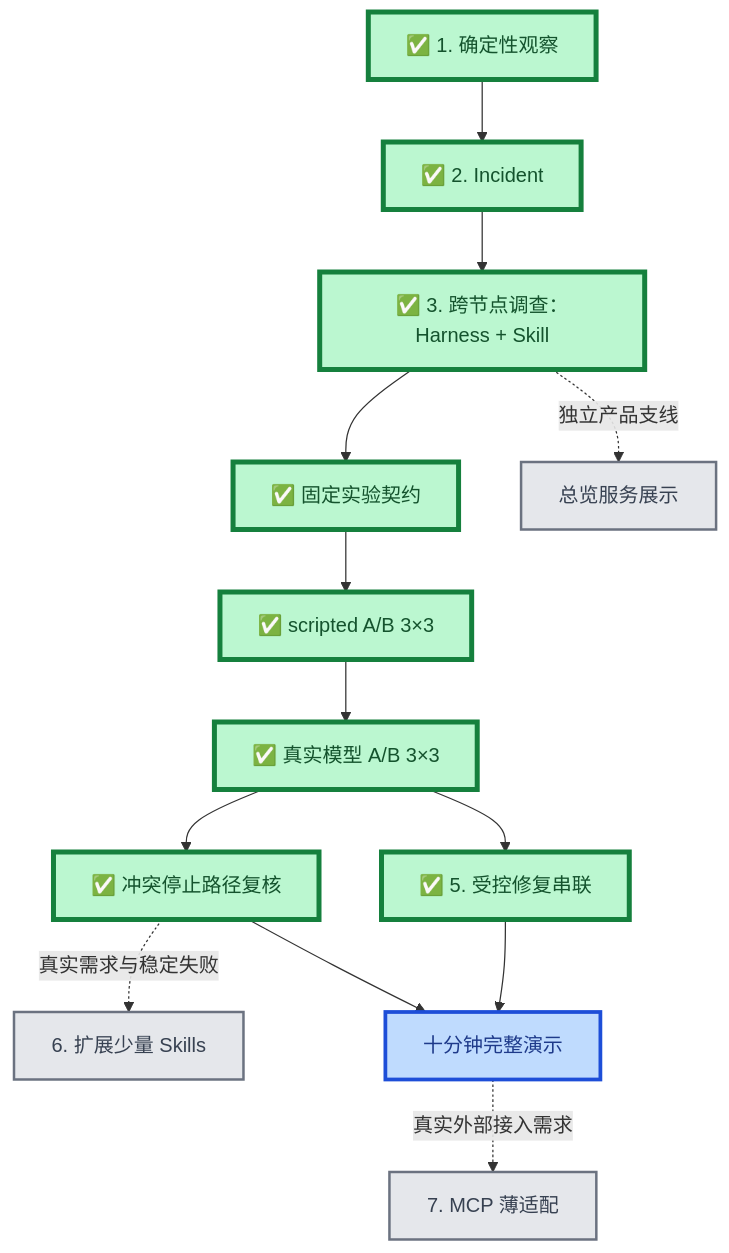
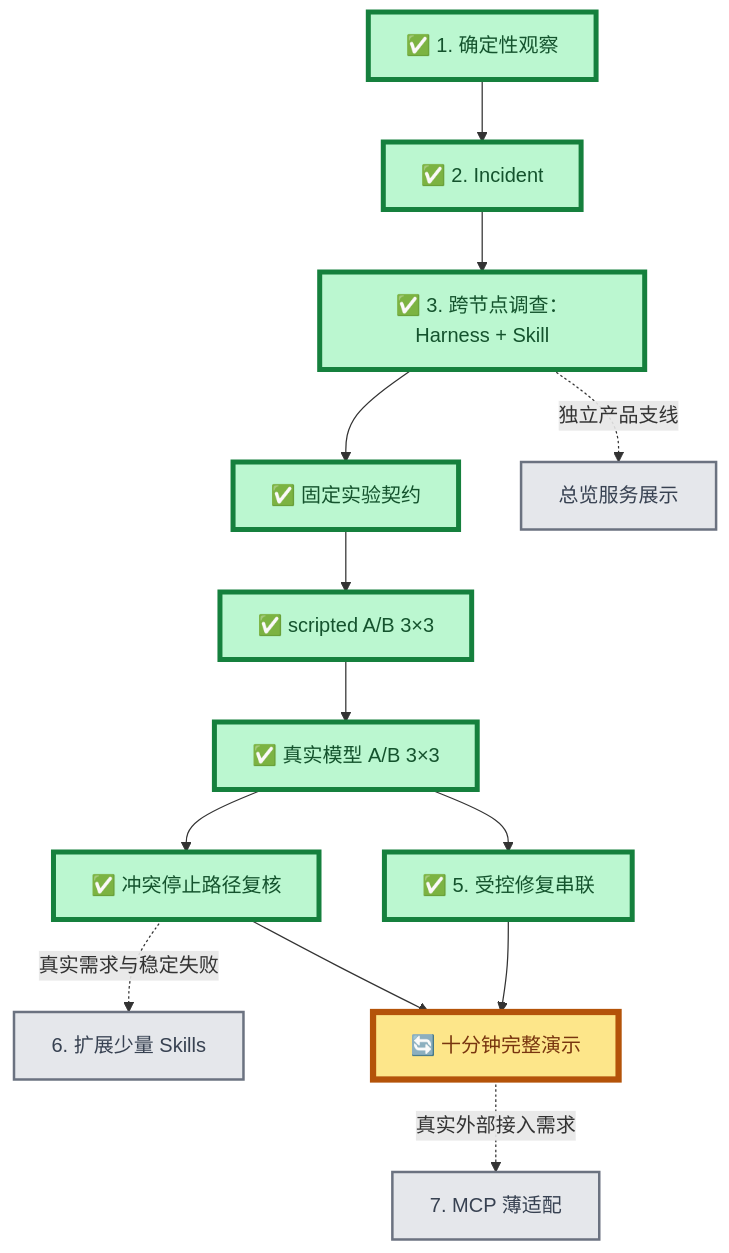
Before and after one commit to Sugarfarmeriod/TunnelMinion: the first of 2 diagrams in docs/project/roadmap.md, drawn with Mermaid. The commit also changed other lines of this file and 3 other files, not shown here.

````diff
--- a/docs/project/roadmap.md
+++ b/docs/project/roadmap.md
@@ -8,26 +8,26 @@
 ```mermaid
 flowchart TB
     A["✅ 1. 确定性观察"] --> B["✅ 2. Incident"]
     B --> C["✅ 3. 跨节点调查：Harness + Skill"]
 
     C --> D1["✅ 固定实验契约"]
     D1 --> D2["✅ scripted A/B 3×3"]
     D2 --> D3["✅ 真实模型 A/B 3×3"]
 
     D3 --> E["✅ 5. 受控修复串联"]
     D3 --> F["✅ 冲突停止路径复核"]
     F -.真实需求与稳定失败.-> K["6. 扩展少量 Skills"]
-    E --> H["十分钟完整演示"]
+    E --> H["🔄 十分钟完整演示"]
     F --> H
     H -.真实外部接入需求.-> G["7. MCP 薄适配"]
 
     C -.独立产品支线.-> U["总览服务展示"]
 
     classDef done fill:#bbf7d0,stroke:#15803d,stroke-width:4px,color:#14532d;
     classDef current fill:#fde68a,stroke:#b45309,stroke-width:5px,color:#78350f;
     classDef next fill:#bfdbfe,stroke:#1d4ed8,stroke-width:3px,color:#1e3a8a;
     classDef later fill:#e5e7eb,stroke:#6b7280,stroke-width:2px,color:#374151;
     class A,B,C,D1,D2,D3,E,F done;
-    class H next;
+    class H current;
     class G,U,K later;
 ```
````
